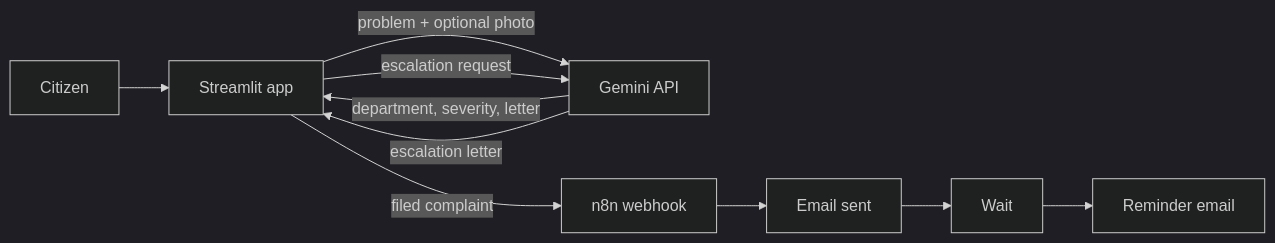
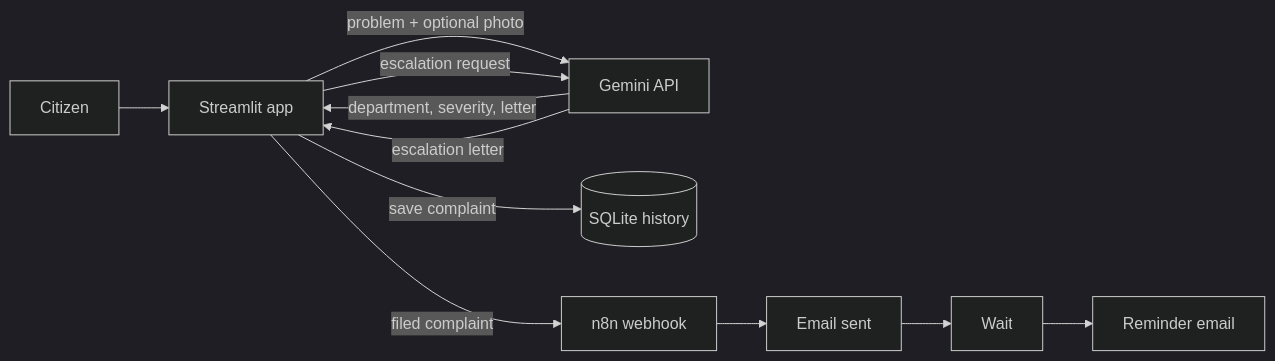
The diagram in README.md (sanjana30kavuri-lab/Forge-26-First-project-), drawn with Mermaid (dark theme) before and after one commit. The commit also changed other lines of this file, not shown here.

Commit message:
Persistent history, Telugu/Hindi letters, updated README

````diff
--- a/README.md
+++ b/README.md
@@ -36,12 +29,13 @@
 ```mermaid
 flowchart LR
     U[Citizen] --> S[Streamlit app]
     S -->|problem + optional photo| G[Gemini API]
     G -->|department, severity, letter| S
+    S -->|save complaint| DB[(SQLite history)]
     S -->|filed complaint| N[n8n webhook]
     N --> E1[Email sent]
     E1 --> W[Wait]
     W --> E2[Reminder email]
     S -->|escalation request| G
     G -->|escalation letter| S
 ```
````
